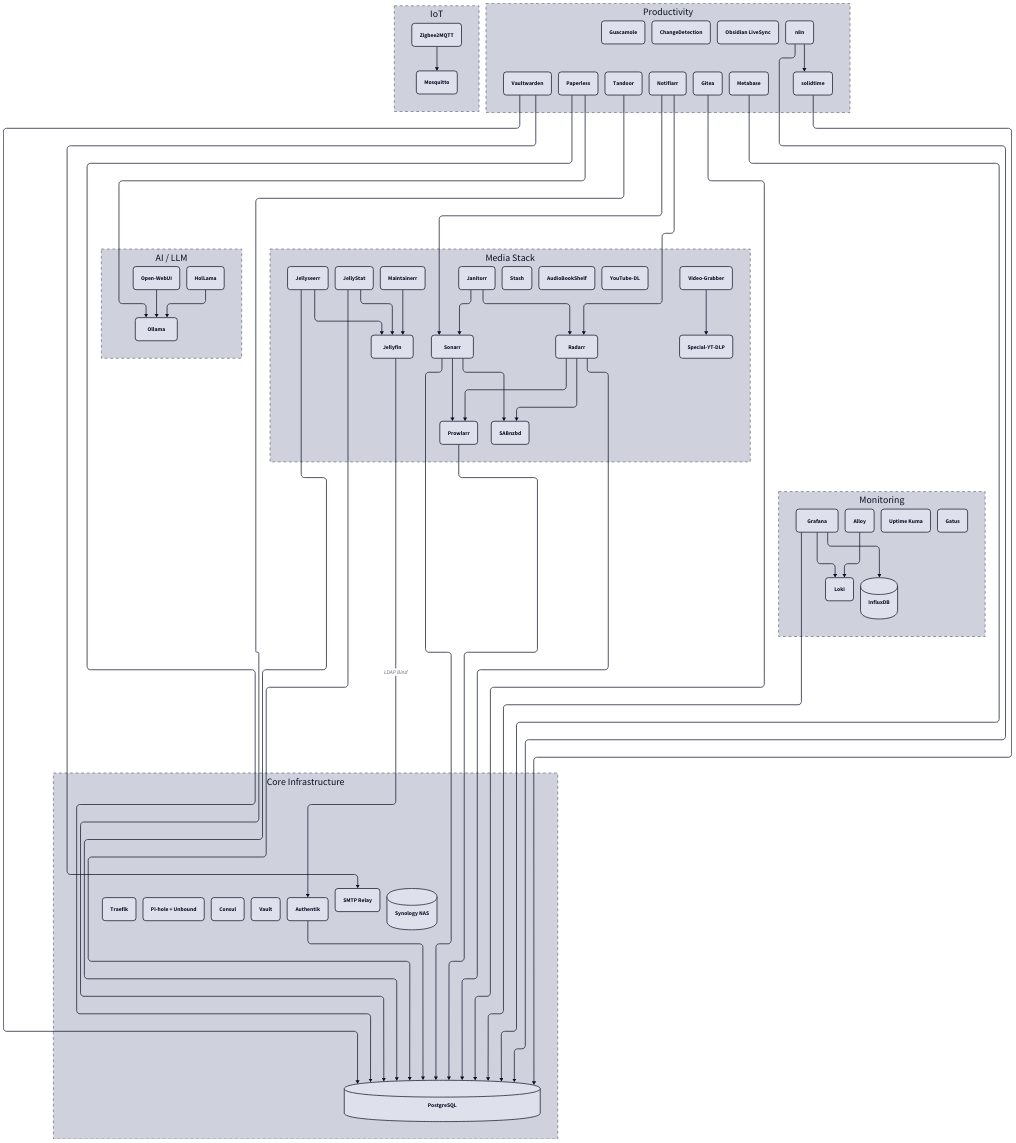
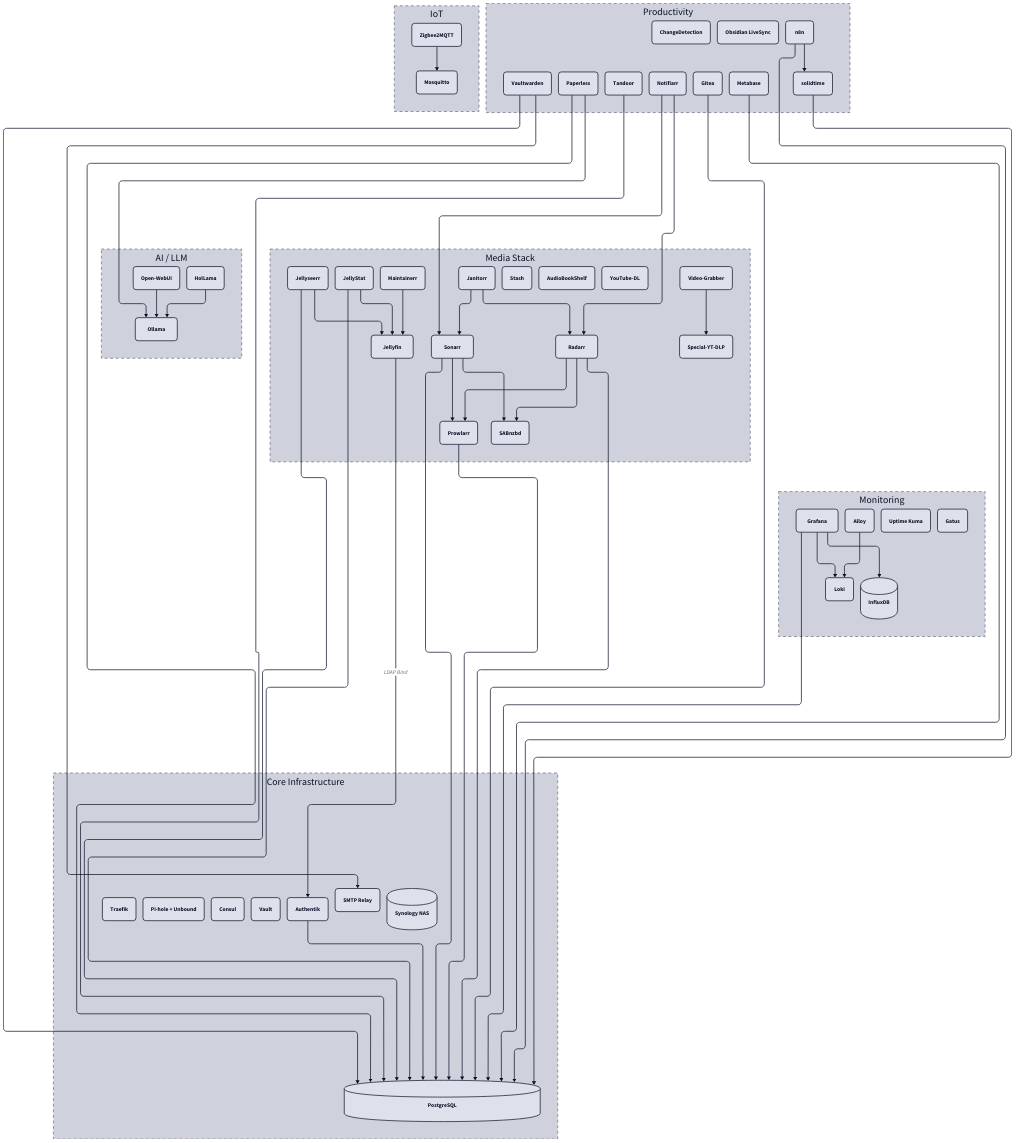
One commit to derever-labs/homelab-wiki changed the diagram in docs/_querschnitt/service-abhaengigkeiten.md. Above: the diagram before and after it, drawn with D2. The commit also changed 8 other files, not shown here.

```diff
--- a/docs/_querschnitt/service-abhaengigkeiten.md
+++ b/docs/_querschnitt/service-abhaengigkeiten.md
@@ -70,7 +70,6 @@
   VW: Vaultwarden { style.border-radius: 8 }
   PL: Paperless { style.border-radius: 8 }
   TD: Tandoor { style.border-radius: 8 }
-  GUA: Guacamole { style.border-radius: 8 }
   CD: ChangeDetection { style.border-radius: 8 }
   OBS: Obsidian LiveSync { style.border-radius: 8 }
   NOTIF: Notifiarr { style.border-radius: 8 }
```
